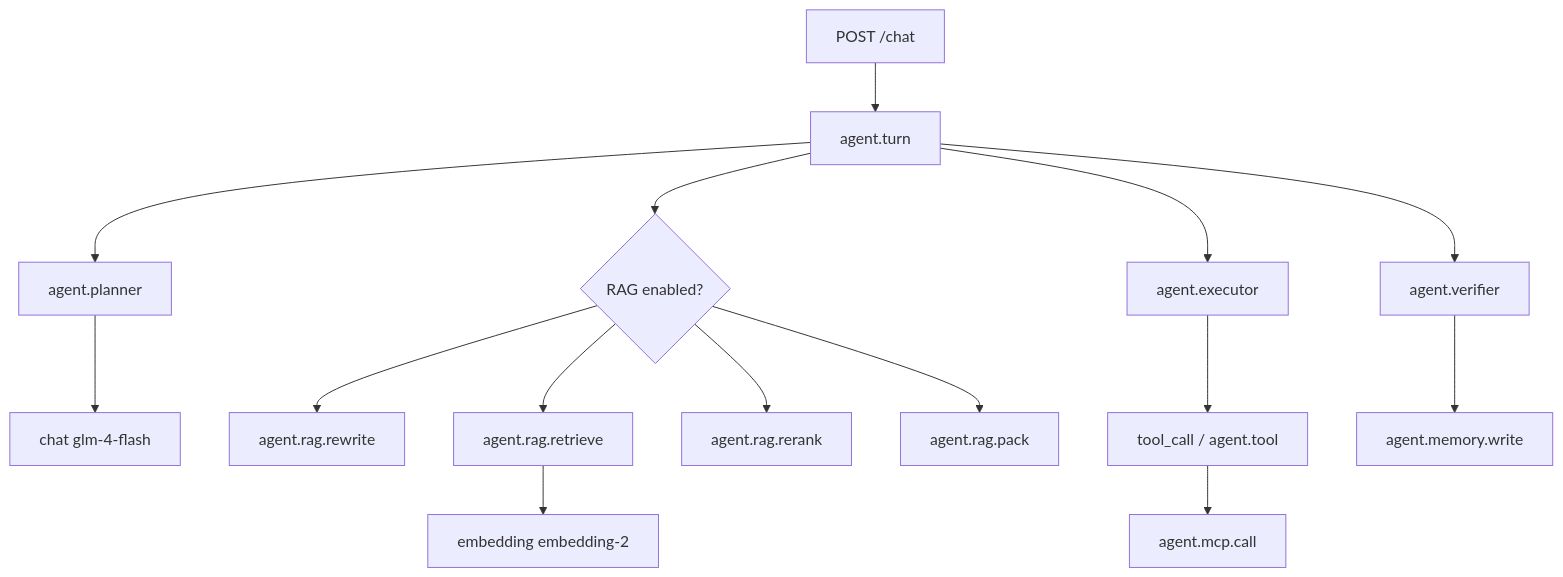
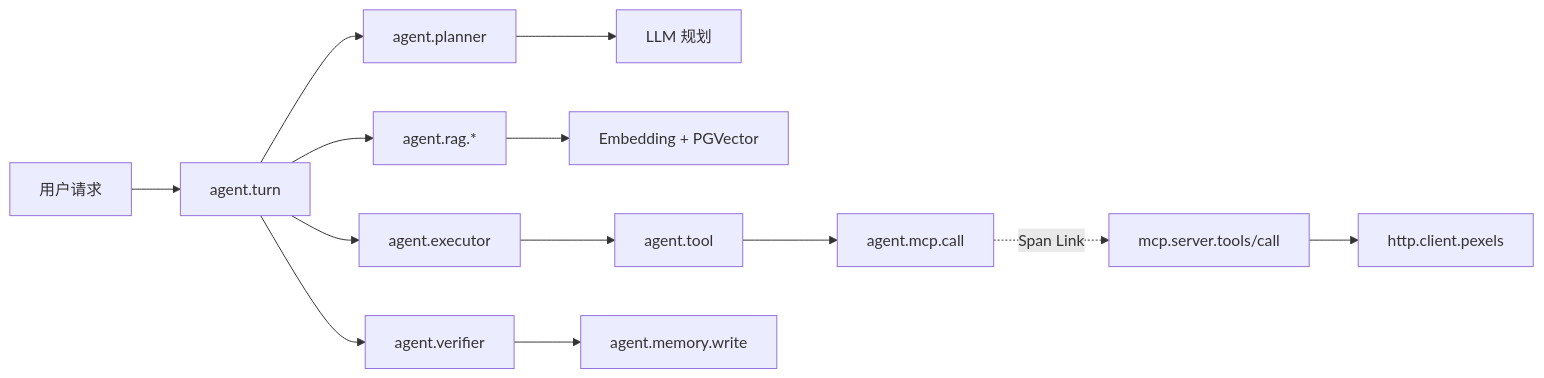
One commit to moonbirds23/ai-agent changed the diagram in docs/observability/agent-tracing.md. Above: the diagram before and after it, drawn with Mermaid. The commit also changed other lines of this file and 1 other file, not shown here.

Commit message:
docs: present agent tracing as project showcase

````diff
--- a/docs/observability/agent-tracing.md
+++ b/docs/observability/agent-tracing.md
@@ -43,17 +19,18 @@
 ```mermaid
-flowchart TD
-    HTTP["POST /chat"] --> Turn["agent.turn"]
-    Turn --> Plan["agent.planner"]
-    Plan --> LLMPlan["chat glm-4-flash"]
-    Turn --> RAG{"RAG enabled?"}
-    RAG --> Rewrite["agent.rag.rewrite"]
-    RAG --> Retrieve["agent.rag.retrieve"]
-    Retrieve --> Embedding["embedding embedding-2"]
-    RAG --> Rerank["agent.rag.rerank"]
-    RAG --> Pack["agent.rag.pack"]
+flowchart LR
+    Request["用户请求"] --> Turn["agent.turn"]
+    Turn --> Planner["agent.planner"]
+    Planner --> PlanModel["LLM 规划"]
+
+    Turn --> RAG["agent.rag.*"]
+    RAG --> Vector["Embedding + PGVector"]
+
     Turn --> Executor["agent.executor"]
-    Executor --> Tool["tool_call / agent.tool"]
+    Executor --> Tool["agent.tool"]
     Tool --> MCP["agent.mcp.call"]
-    Turn --> Verify["agent.verifier"]
-    Verify --> Memory["agent.memory.write"]
+    MCP -. "Span Link" .-> Server["mcp.server.tools/call"]
+    Server --> Pexels["http.client.pexels"]
+
+    Turn --> Verifier["agent.verifier"]
+    Verifier --> Memory["agent.memory.write"]
 ```
````
